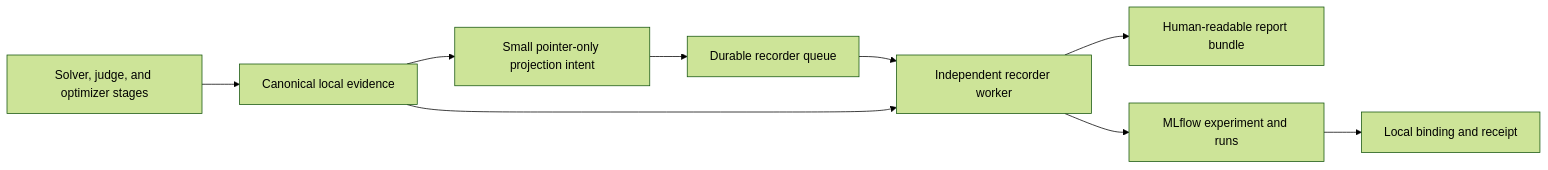
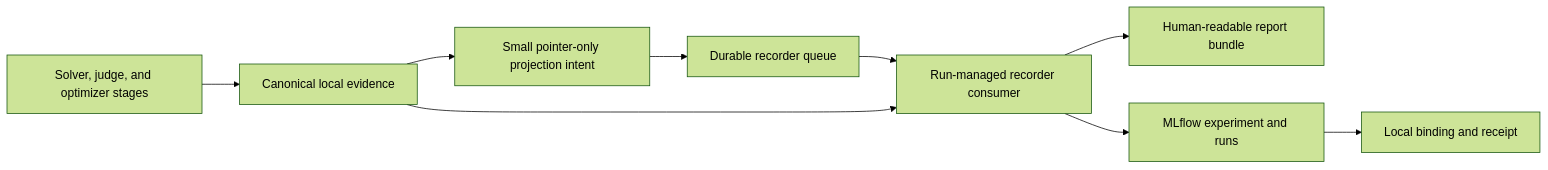
One commit to mainsequence-sdk/repo-agent-eval changed the diagram in docs/execution/experiment-recording.md. Above: the diagram before and after it, drawn with Mermaid (forest theme). The commit also changed other lines of this file and 516 other files, not shown here.

````diff
--- a/docs/execution/experiment-recording.md
+++ b/docs/execution/experiment-recording.md
@@ -11,11 +11,11 @@
 ```mermaid
 flowchart LR
     Stages[Solver, judge, and optimizer stages] --> Canonical[Canonical local evidence]
     Canonical --> Intent[Small pointer-only projection intent]
     Intent --> Queue[Durable recorder queue]
-    Queue --> Worker[Independent recorder worker]
+    Queue --> Worker[Run-managed recorder consumer]
     Canonical --> Worker
     Worker --> Report[Human-readable report bundle]
     Worker --> MLflow[MLflow experiment and runs]
     MLflow --> Receipt[Local binding and receipt]
 ```
````
